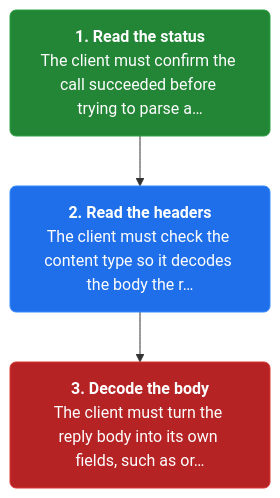
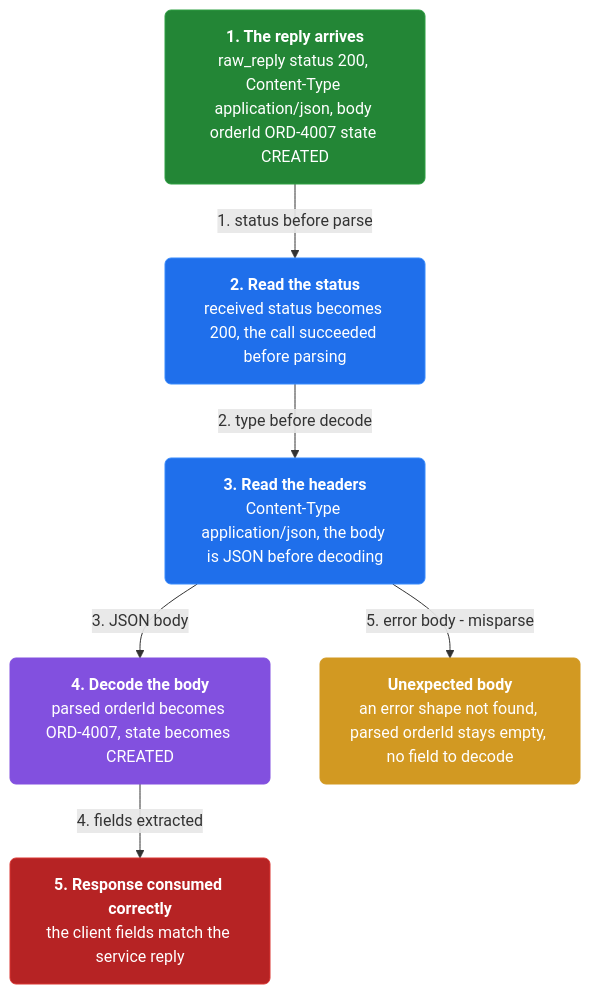
One commit to vinayakuber/microservices-io-study-guide changed the third of 4 diagrams in docs/ch26-consumer-side-contract-test.md. Above: the diagram before and after it, drawn with Mermaid. The commit also changed other lines of this file and 46 other files, not shown here.

First line of the commit message:
Author rich branching flow diagrams for all 44 chapters

````diff
--- a/docs/ch26-consumer-side-contract-test.md
+++ b/docs/ch26-consumer-side-contract-test.md
@@ -89,11 +105,19 @@
 ```mermaid
 flowchart TD
-  classDef step fill:#1f6feb,color:#ffffff,stroke:#388bfd,stroke-width:1px,rx:6
+  classDef step fill:#1f6feb,color:#ffffff,stroke:#388bfd,rx:6
+  classDef core fill:#8250df,color:#ffffff,stroke:#8250df,rx:6
+  classDef warn fill:#d29922,color:#ffffff,stroke:#d29922,rx:6
   classDef start fill:#238636,color:#ffffff,stroke:#2ea043,rx:6
   classDef stop fill:#b62324,color:#ffffff,stroke:#da3633,rx:6
-  s2n0["<b>1. Read the status</b><br/>The client must confirm the call succeeded before trying to parse a…"]:::start
-  s2n1["<b>2. Read the headers</b><br/>The client must check the content type so it decodes the body the r…"]:::step
-  s2n2["<b>3. Decode the body</b><br/>The client must turn the reply body into its own fields, such as or…"]:::stop
-  s2n0 --> s2n1
-  s2n1 --> s2n2
+  n0["<b>1. The reply arrives</b><br/>raw_reply status 200, Content-Type application/json, body orderId ORD-4007 state CREATED"]:::start
+  n1["<b>2. Read the status</b><br/>received status becomes 200, the call succeeded before parsing"]:::step
+  n2["<b>3. Read the headers</b><br/>Content-Type application/json, the body is JSON before decoding"]:::step
+  n3["<b>4. Decode the body</b><br/>parsed orderId becomes ORD-4007, state becomes CREATED"]:::core
+  n4["<b>5. Response consumed correctly</b><br/>the client fields match the service reply"]:::stop
+  n5["<b>Unexpected body</b><br/>an error shape not found, parsed orderId stays empty, no field to decode"]:::warn
+  n0 -->|"1. status before parse"| n1
+  n1 -->|"2. type before decode"| n2
+  n2 -->|"3. JSON body"| n3
+  n3 -->|"4. fields extracted"| n4
+  n2 -->|"5. error body - misparse"| n5
 ```
````
